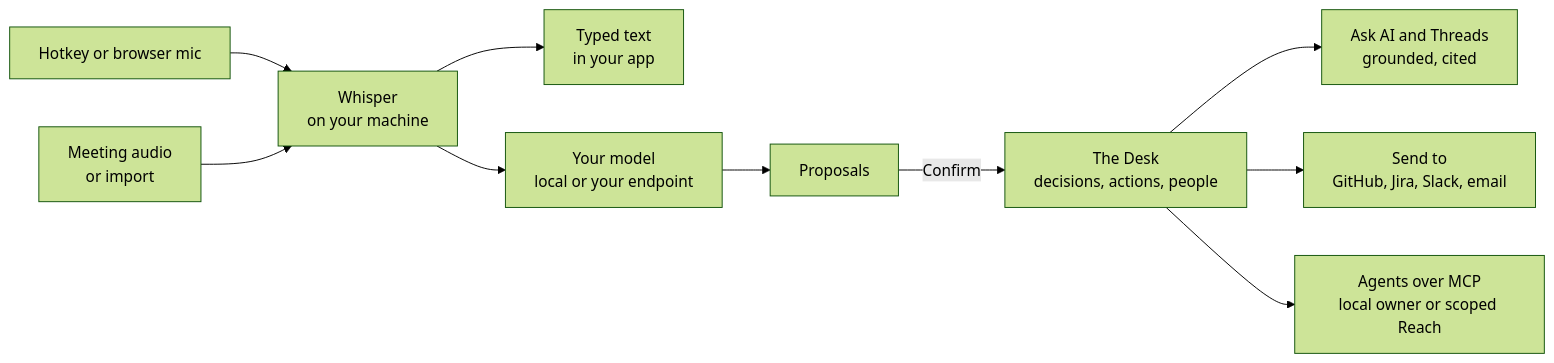
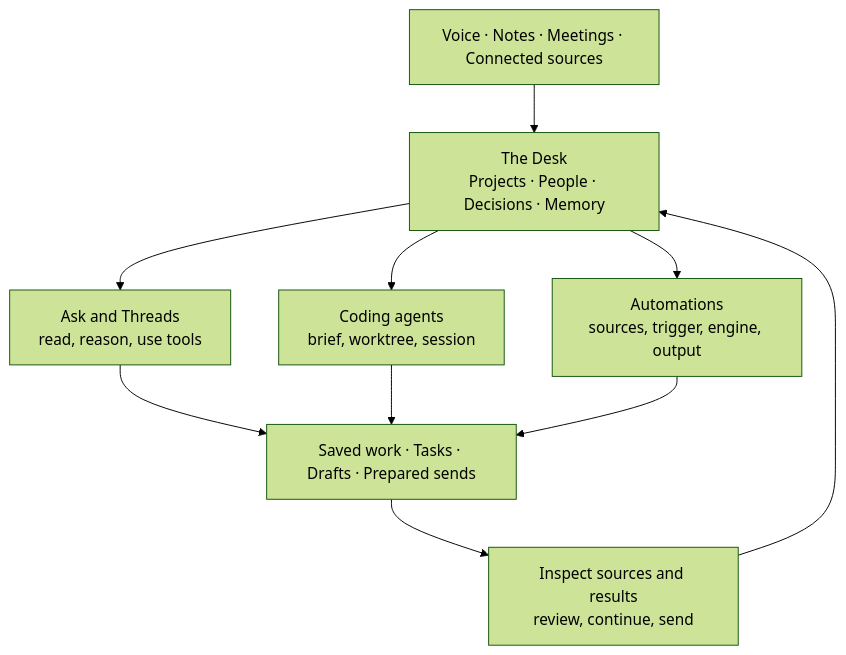
One commit to karolswdev/HoldSpeak changed the diagram in README.md. Above: the diagram before and after it, drawn with Mermaid (forest theme). The commit also changed other lines of this file and 74 other files, not shown here.

Commit message:
docs: document the agentic Desk and core work flows

````diff
--- a/README.md
+++ b/README.md
@@ -157,12 +39,12 @@
 ```mermaid
-flowchart LR
-    K["Hotkey or browser mic"] --> W["Whisper<br/>on your machine"]
-    M["Meeting audio<br/>or import"] --> W
-    W --> T["Typed text<br/>in your app"]
-    W --> L["Your model<br/>local or your endpoint"]
-    L --> P["Proposals"]
-    P -->|Confirm| D["The Desk<br/>decisions, actions, people"]
-    D --> Q["Ask AI and Threads<br/>grounded, cited"]
-    D --> S["Send to<br/>GitHub, Jira, Slack, email"]
-    D --> A["Agents over MCP<br/>local owner or scoped Reach"]
+flowchart TB
+    Input["Voice · Notes · Meetings · Connected sources"] --> Desk["The Desk<br/>Projects · People · Decisions · Memory"]
+    Desk --> Ask["Ask and Threads<br/>read, reason, use tools"]
+    Desk --> Agent["Coding agents<br/>brief, worktree, session"]
+    Desk --> Auto["Automations<br/>sources, trigger, engine, output"]
+    Ask --> Result["Saved work · Tasks · Drafts · Prepared sends"]
+    Agent --> Result
+    Auto --> Result
+    Result --> Review["Inspect sources and results<br/>review, continue, send"]
+    Review --> Desk
 ```
````
